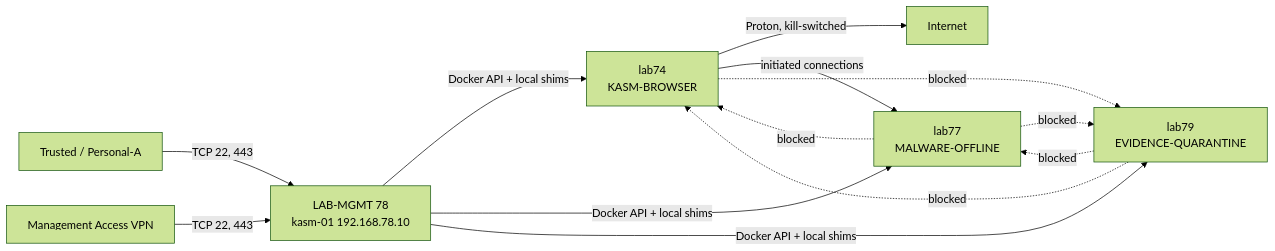
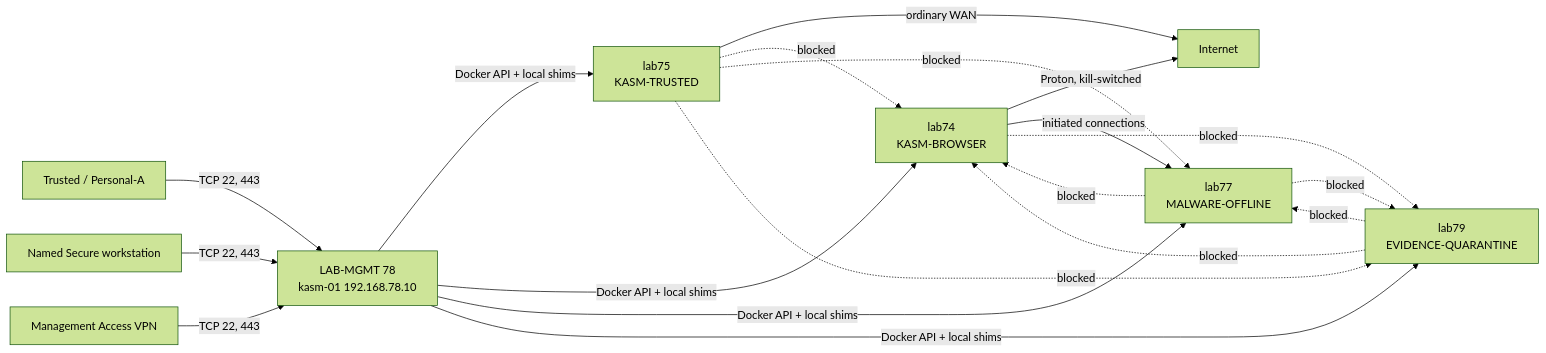
The diagram in Architecture/Isolated-Security-Lab.md (Duresa7/Homelab), drawn with Mermaid (forest theme) before and after one commit. The commit also changed other lines of this file and 17 other files, not shown here.

````diff
--- a/Architecture/Isolated-Security-Lab.md
+++ b/Architecture/Isolated-Security-Lab.md
@@ -26,15 +27,21 @@
 ```mermaid
 flowchart LR
     T["Trusted / Personal-A"] -->|"TCP 22, 443"| M["LAB-MGMT 78<br/>kasm-01 192.168.78.10"]
+    S["Named Secure workstation"] -->|"TCP 22, 443"| M
     V["Management Access VPN"] -->|"TCP 22, 443"| M
+    M -->|"Docker API + local shims"| T75["lab75<br/>KASM-TRUSTED"]
     M -->|"Docker API + local shims"| B["lab74<br/>KASM-BROWSER"]
     M -->|"Docker API + local shims"| D["lab77<br/>MALWARE-OFFLINE"]
     M -->|"Docker API + local shims"| E["lab79<br/>EVIDENCE-QUARANTINE"]
-    B -->|"Proton, kill-switched"| I["Internet"]
+    T75 -->|"ordinary WAN"| I["Internet"]
+    B -->|"Proton, kill-switched"| I
+    T75 -. blocked .-> B
+    T75 -. blocked .-> D
+    T75 -. blocked .-> E
     B -->|"initiated connections"| D
     D -. blocked .-> B
     B -. blocked .-> E
     D -. blocked .-> E
     E -. blocked .-> B
     E -. blocked .-> D
 ```
````
